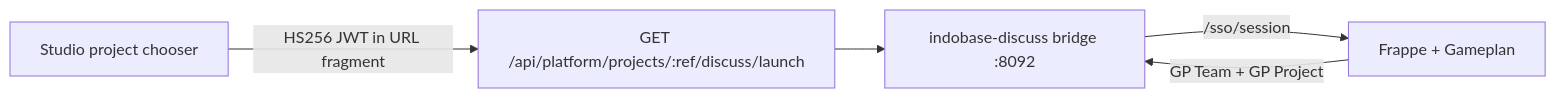
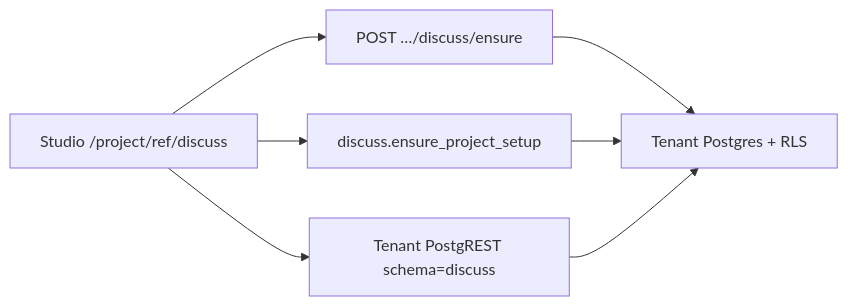
The diagram in docs/INDOBASE-DISCUSS.md (Indobase/Indobase), drawn with Mermaid before and after one commit. The commit also changed other lines of this file and 142 other files, not shown here.

First line of the commit message:
feat(studio): ship native Discuss and CRM with fail-closed tenancy

````diff
--- a/docs/INDOBASE-DISCUSS.md
+++ b/docs/INDOBASE-DISCUSS.md
@@ -23,11 +24,14 @@
 ```mermaid
 flowchart LR
-  Studio["Studio project chooser"]
-  Launch["GET /api/platform/projects/:ref/discuss/launch"]
-  Bridge["indobase-discuss bridge :8092"]
-  Frappe["Frappe + Gameplan"]
-  Studio -->|"HS256 JWT in URL fragment"| Launch
-  Launch --> Bridge
-  Bridge -->|"/sso/session"| Frappe
-  Frappe -->|"GP Team + GP Project"| Bridge
+  StudioUI["Studio /project/ref/discuss"]
+  Ensure["POST …/discuss/ensure"]
+  Setup["discuss.ensure_project_setup"]
+  PostgREST["Tenant PostgREST schema=discuss"]
+  TenantDB["Tenant Postgres + RLS"]
+  StudioUI --> Ensure
+  Ensure --> TenantDB
+  StudioUI --> Setup
+  Setup --> TenantDB
+  StudioUI --> PostgREST
+  PostgREST --> TenantDB
 ```
````
